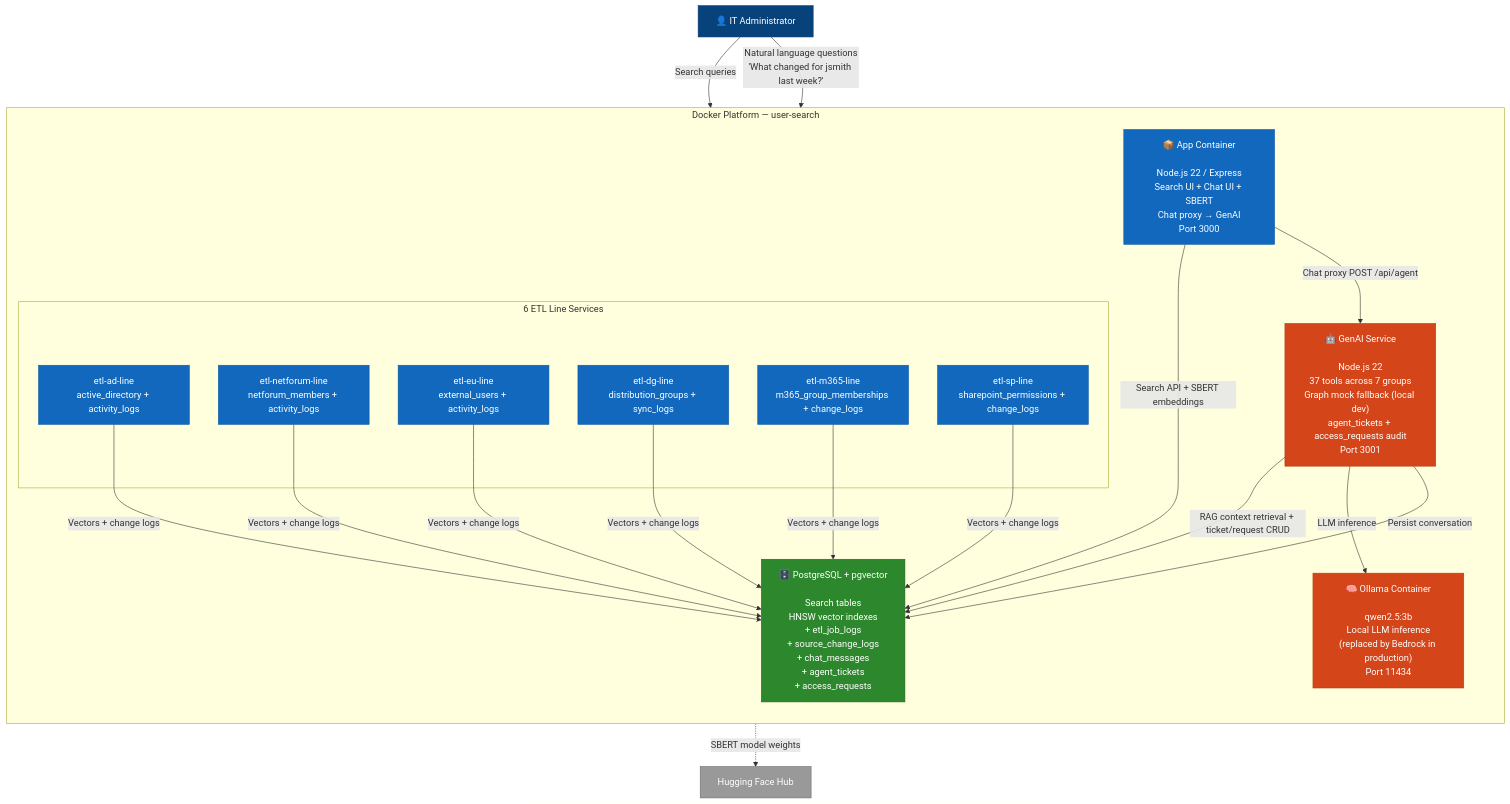
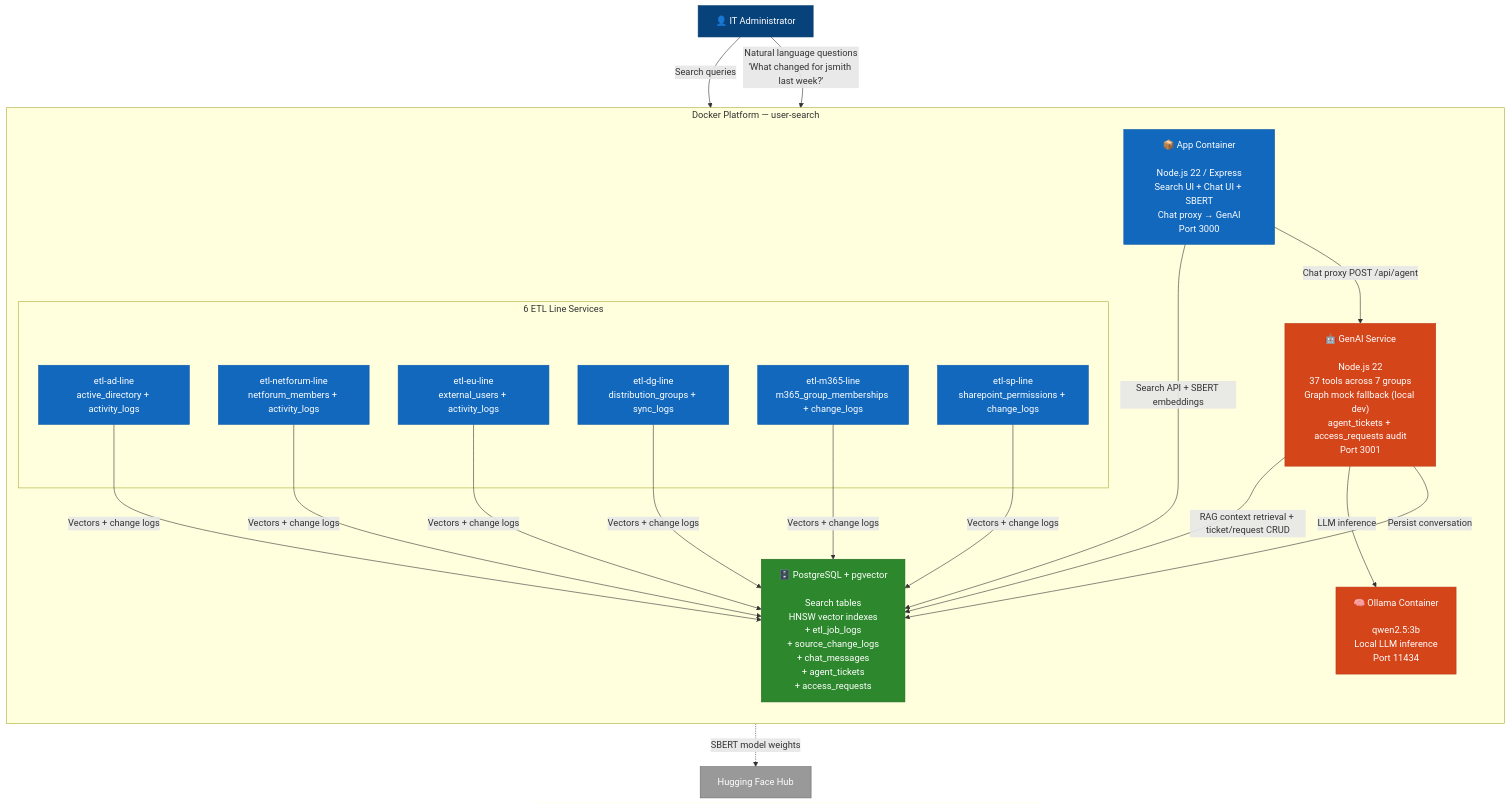
The diagram in docs/diagrams/genai-target-architecture.md (sjackshaw/user-search), drawn with Mermaid before and after one commit. The commit also changed 3 other files, not shown here.

Commit message:
docs: Update README and architecture diagrams for accuracy and clarity

````diff
--- a/docs/diagrams/genai-target-architecture.md
+++ b/docs/diagrams/genai-target-architecture.md
@@ -5,48 +5,48 @@
 ```mermaid
 graph TB
     classDef person fill:#08427B,stroke:#073B6F,color:#fff
     classDef existing fill:#1168BD,stroke:#0E5BA7,color:#fff
     classDef genai fill:#D4451A,stroke:#B83A15,color:#fff
     classDef database fill:#2D882D,stroke:#226622,color:#fff
     classDef external fill:#999999,stroke:#6B6B6B,color:#fff
 
     User["👤 IT Administrator"]:::person
 
     subgraph DockerPlatform [" Docker Platform — user-search "]
         direction TB
 
         App["📦 App Container<br/><br/>Node.js 22 / Express<br/>Search UI + Chat UI + SBERT<br/>Chat proxy → GenAI<br/>Port 3000"]:::existing
 
         GenAI["🤖 GenAI Service<br/><br/>Node.js 22<br/>37 tools across 7 groups<br/>Graph mock fallback (local dev)<br/>agent_tickets + access_requests audit<br/>Port 3001"]:::genai
 
-        Ollama["🧠 Ollama Container<br/><br/>qwen2.5:3b<br/>Local LLM inference<br/>(replaced by Bedrock in production)<br/>Port 11434"]:::genai
+        Ollama["🧠 Ollama Container<br/><br/>qwen2.5:3b<br/>Local LLM inference<br/>Port 11434"]:::genai
 
         Postgres["🗄️ PostgreSQL + pgvector<br/><br/>Search tables<br/>HNSW vector indexes<br/>+ etl_job_logs<br/>+ source_change_logs<br/>+ chat_messages<br/>+ agent_tickets<br/>+ access_requests"]:::database
 
         subgraph ETLServices [" 6 ETL Line Services "]
             ETL_AD["etl-ad-line<br/>active_directory + activity_logs"]:::existing
             ETL_NF["etl-netforum-line<br/>netforum_members + activity_logs"]:::existing
             ETL_EU["etl-eu-line<br/>external_users + activity_logs"]:::existing
             ETL_DG["etl-dg-line<br/>distribution_groups + sync_logs"]:::existing
             ETL_M365["etl-m365-line<br/>m365_group_memberships + change_logs"]:::existing
             ETL_SP["etl-sp-line<br/>sharepoint_permissions + change_logs"]:::existing
         end
     end
 
     HF["Hugging Face Hub"]:::external
 
     User -->|"Search queries"| App
     User -->|"Natural language questions<br/>'What changed for jsmith last week?'"| App
     App -->|"Search API + SBERT embeddings"| Postgres
     App -->|"Chat proxy POST /api/agent"| GenAI
     GenAI -->|"RAG context retrieval + ticket/request CRUD"| Postgres
     GenAI -->|"LLM inference"| Ollama
     GenAI -->|"Persist conversation"| Postgres
     ETL_AD -->|"Vectors + change logs"| Postgres
     ETL_NF -->|"Vectors + change logs"| Postgres
     ETL_EU -->|"Vectors + change logs"| Postgres
     ETL_DG -->|"Vectors + change logs"| Postgres
     ETL_M365 -->|"Vectors + change logs"| Postgres
     ETL_SP -->|"Vectors + change logs"| Postgres
     App -.->|"SBERT model weights"| HF
 ```
````
